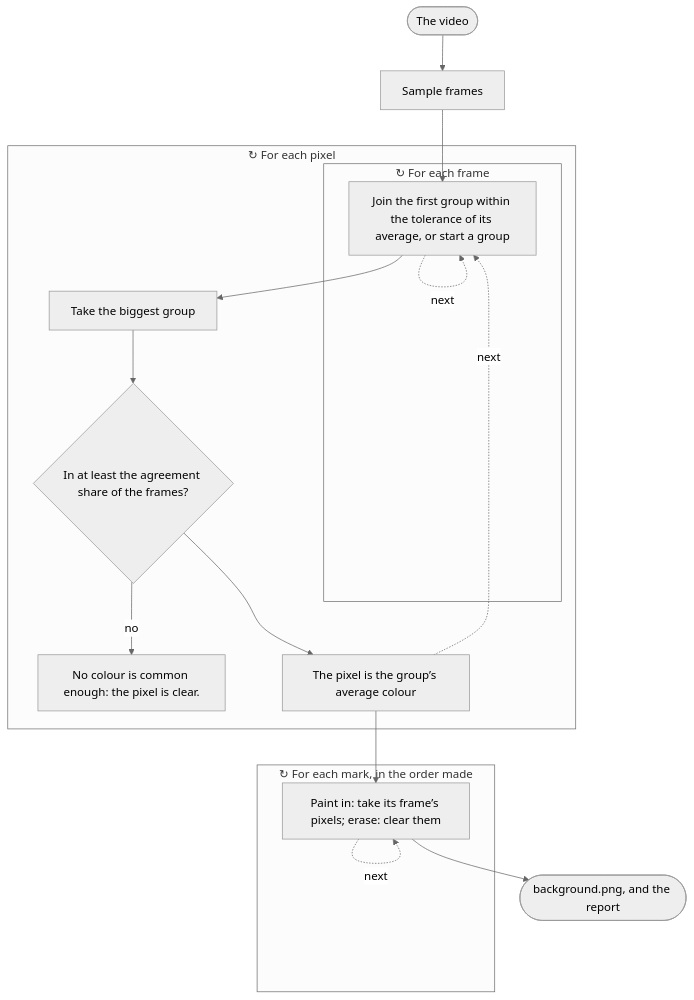
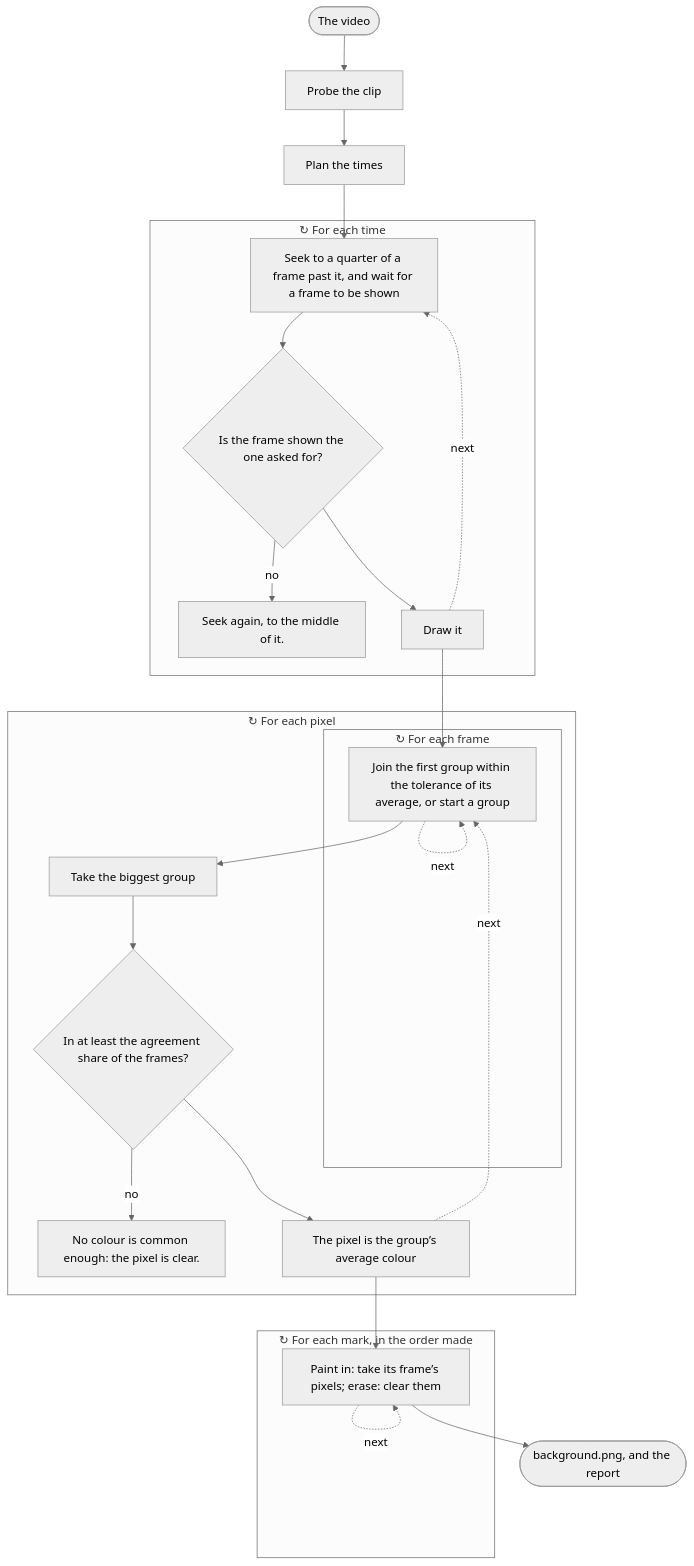
One commit to MabzGamesStudio/VibeToon changed the seventh of 30 diagrams in docs/ALGORITHMS.md. Above: the diagram before and after it, drawn with Mermaid (neutral theme). The commit also changed other lines of this file and 10 other files, not shown here.

````diff
--- a/docs/ALGORITHMS.md
+++ b/docs/ALGORITHMS.md
@@ -744,29 +758,42 @@
 ```mermaid
 flowchart TD
   s1(["The video"])
-  s2["Sample frames"]
+  s2["Probe the clip"]
   s1 --> s2
-  subgraph s3["↻ For each pixel"]
-    subgraph s4["↻ For each frame"]
-      s5["Join the first group within the tolerance of its average, or start a group"]
+  s3["Plan the times"]
+  s2 --> s3
+  subgraph s4["↻ For each time"]
+    s5["Seek to a quarter of a frame past it, and wait for a frame to be shown"]
+    s6{"Is the frame shown the one asked for?"}
+    s7["Seek again, to the middle of it."]
+    s6 -- no --> s7
+    s5 --> s6
+    s8["Draw it"]
+    s6 --> s8
+  end
+  s8 -. next .-> s5
+  s3 --> s5
+  subgraph s9["↻ For each pixel"]
+    subgraph s10["↻ For each frame"]
+      s11["Join the first group within the tolerance of its average, or start a group"]
     end
-    s5 -. next .-> s5
-    s6["Take the biggest group"]
-    s5 --> s6
-    s7{"In at least the agreement share of the frames?"}
-    s8["No colour is common enough: the pixel is clear."]
-    s7 -- no --> s8
-    s6 --> s7
-    s9["The pixel is the group’s average colour"]
-    s7 --> s9
+    s11 -. next .-> s11
+    s12["Take the biggest group"]
+    s11 --> s12
+    s13{"In at least the agreement share of the frames?"}
+    s14["No colour is common enough: the pixel is clear."]
+    s13 -- no --> s14
+    s12 --> s13
+    s15["The pixel is the group’s average colour"]
+    s13 --> s15
   end
-  s9 -. next .-> s5
-  s2 --> s5
-  subgraph s10["↻ For each mark, in the order made"]
-    s11["Paint in: take its frame’s pixels; erase: clear them"]
+  s15 -. next .-> s11
+  s8 --> s11
+  subgraph s16["↻ For each mark, in the order made"]
+    s17["Paint in: take its frame’s pixels; erase: clear them"]
   end
-  s11 -. next .-> s11
-  s9 --> s11
-  s12(["background.png, and the report"])
-  s11 --> s12
+  s17 -. next .-> s17
+  s15 --> s17
+  s18(["background.png, and the report"])
+  s17 --> s18
 ```
````
